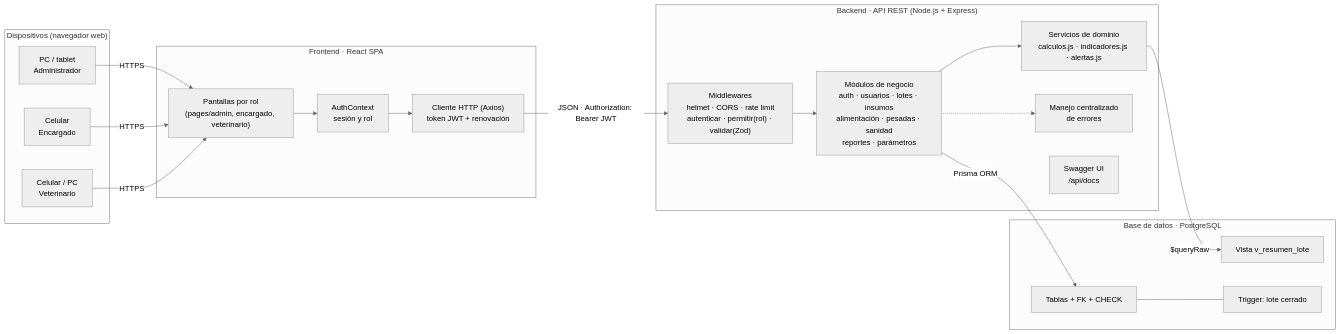
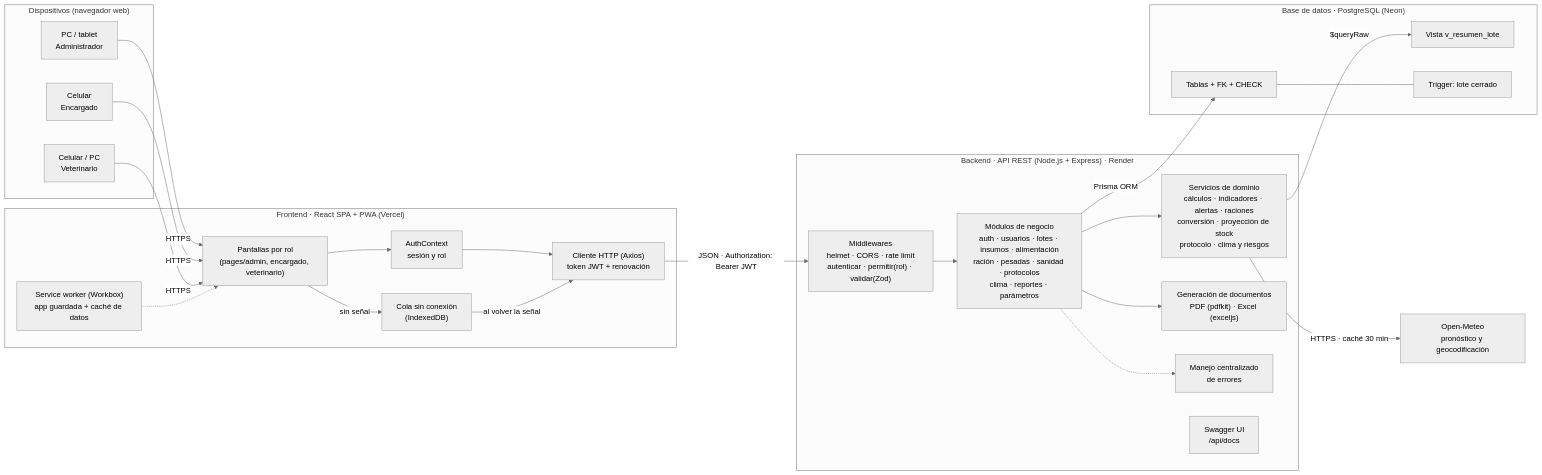
One commit to mateogit114730/ganadotrack changed the first of 5 diagrams in docs/entrega2/15-arquitectura-y-herramientas.md. Above: the diagram before and after it, drawn with Mermaid (neutral theme). The commit also changed other lines of this file and 16 other files, not shown here.

Commit message:
#15 - Documentación de la versión final: RF09–RF14, CU15–CU22, modelo de datos, arquitectura y despliegue, API, pruebas CP-45–85, manuales, cronograma, seguimiento, resultados y README

````diff
--- a/docs/entrega2/15-arquitectura-y-herramientas.md
+++ b/docs/entrega2/15-arquitectura-y-herramientas.md
@@ -29,37 +31,46 @@
 ```mermaid
 flowchart LR
   subgraph Clientes["Dispositivos (navegador web)"]
     ADM["PC / tablet<br/>Administrador"]
     ENC["Celular<br/>Encargado"]
     VET["Celular / PC<br/>Veterinario"]
   end
 
-  subgraph Front["Frontend · React SPA"]
+  subgraph Front["Frontend · React SPA + PWA (Vercel)"]
     UI["Pantallas por rol<br/>(pages/admin, encargado, veterinario)"]
     CTX["AuthContext<br/>sesión y rol"]
     HTTP["Cliente HTTP (Axios)<br/>token JWT + renovación"]
+    SW["Service worker (Workbox)<br/>app guardada + caché de datos"]
+    COLA["Cola sin conexión<br/>(IndexedDB)"]
   end
 
-  subgraph Back["Backend · API REST (Node.js + Express)"]
+  subgraph Back["Backend · API REST (Node.js + Express) · Render"]
     MW["Middlewares<br/>helmet · CORS · rate limit<br/>autenticar · permitir(rol) · validar(Zod)"]
-    MOD["Módulos de negocio<br/>auth · usuarios · lotes · insumos<br/>alimentación · pesadas · sanidad<br/>reportes · parámetros"]
-    SRV["Servicios de dominio<br/>calculos.js · indicadores.js · alertas.js"]
+    MOD["Módulos de negocio<br/>auth · usuarios · lotes · insumos · alimentación<br/>ración · pesadas · sanidad · protocolos<br/>clima · reportes · parámetros"]
+    SRV["Servicios de dominio<br/>cálculos · indicadores · alertas · raciones<br/>conversión · proyección de stock<br/>protocolo · clima y riesgos"]
+    REP["Generación de documentos<br/>PDF (pdfkit) · Excel (exceljs)"]
     ERR["Manejo centralizado<br/>de errores"]
     DOC["Swagger UI<br/>/api/docs"]
   end
 
-  subgraph Datos["Base de datos · PostgreSQL"]
+  subgraph Datos["Base de datos · PostgreSQL (Neon)"]
     TAB["Tablas + FK + CHECK"]
     VIS["Vista v_resumen_lote"]
     TRG["Trigger: lote cerrado"]
   end
 
+  EXT["Open-Meteo<br/>pronóstico y geocodificación"]
+
   ADM & ENC & VET -->|HTTPS| UI
   UI --> CTX --> HTTP
+  UI -->|"sin señal"| COLA -->|"al volver la señal"| HTTP
+  SW -.-> UI
   HTTP -->|"JSON · Authorization: Bearer JWT"| MW
   MW --> MOD --> SRV
+  MOD --> REP
   MOD -->|Prisma ORM| TAB
   SRV -->|"$queryRaw"| VIS
+  SRV -->|"HTTPS · caché 30 min"| EXT
   TAB --- TRG
   MOD -.-> ERR
 ```
````
